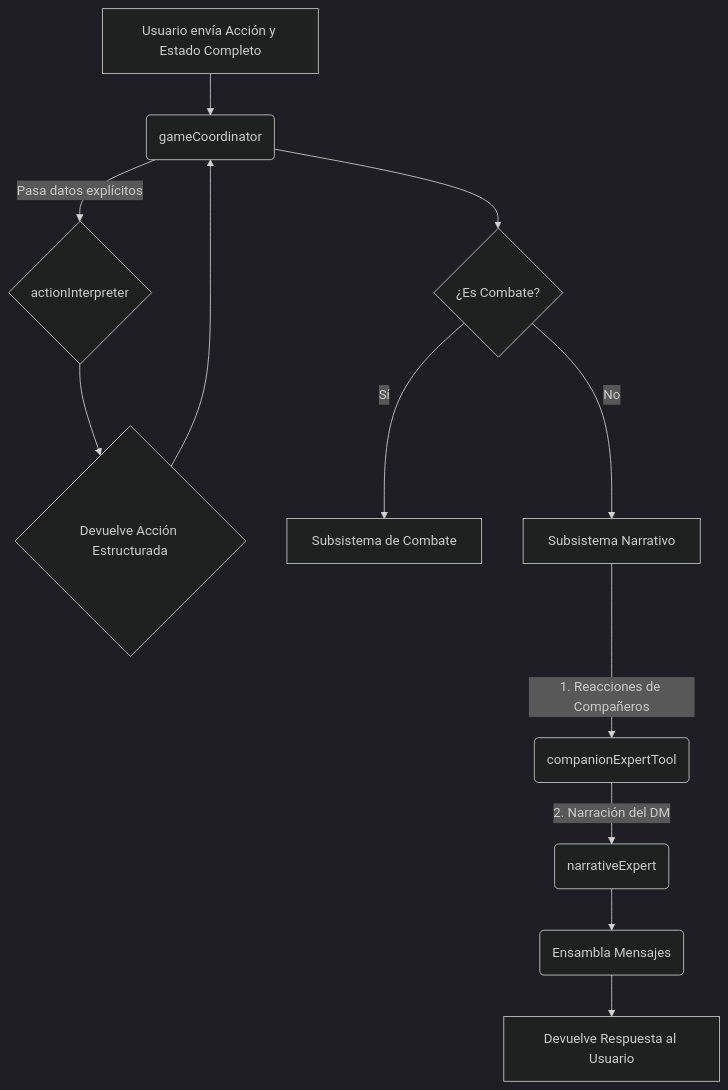
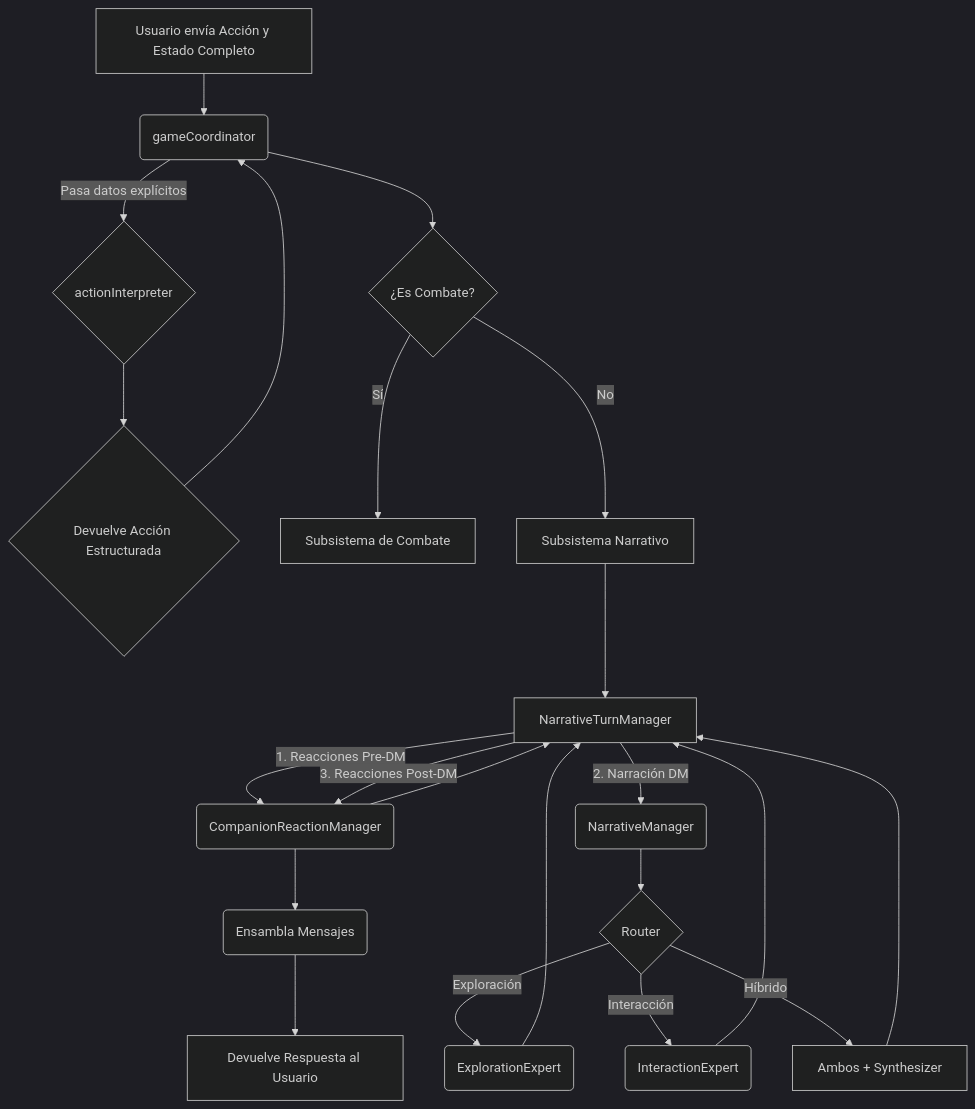
Before and after one commit to gaellendoiro-droid/DnD-Adventures-AI: the diagram in docs/arquitectura/arquitectura-backend.md, drawn with Mermaid (dark theme). The commit also changed other lines of this file and 24 other files, not shown here.

````diff
--- a/docs/arquitectura/arquitectura-backend.md
+++ b/docs/arquitectura/arquitectura-backend.md
@@ -37,14 +42,24 @@
 ```mermaid
 graph TD
     A[Usuario envía Acción y Estado Completo] --> B(gameCoordinator);
     B -- Pasa datos explícitos --> C{actionInterpreter};
     C --> D{Devuelve Acción Estructurada};
     D --> B;
     B --> E{¿Es Combate?};
     E -- Sí --> F[Subsistema de Combate];
     E -- No --> G[Subsistema Narrativo];
-    G -- 1. Reacciones de Compañeros --> H(companionExpertTool);
-    H -- 2. Narración del DM --> I(narrativeExpert);
-    I --> J(Ensambla Mensajes);
+    G --> G1[NarrativeTurnManager];
+    G1 -- 1. Reacciones Pre-DM --> H(CompanionReactionManager);
+    H --> G1;
+    G1 -- 2. Narración DM --> I(NarrativeManager);
+    I --> I1{Router};
+    I1 -- Exploración --> I2(ExplorationExpert);
+    I1 -- Interacción --> I3(InteractionExpert);
+    I1 -- Híbrido --> I4[Ambos + Synthesizer];
+    I2 --> G1;
+    I3 --> G1;
+    I4 --> G1;
+    G1 -- 3. Reacciones Post-DM --> H;
+    H --> J(Ensambla Mensajes);
     J --> K[Devuelve Respuesta al Usuario];
 ```
````
